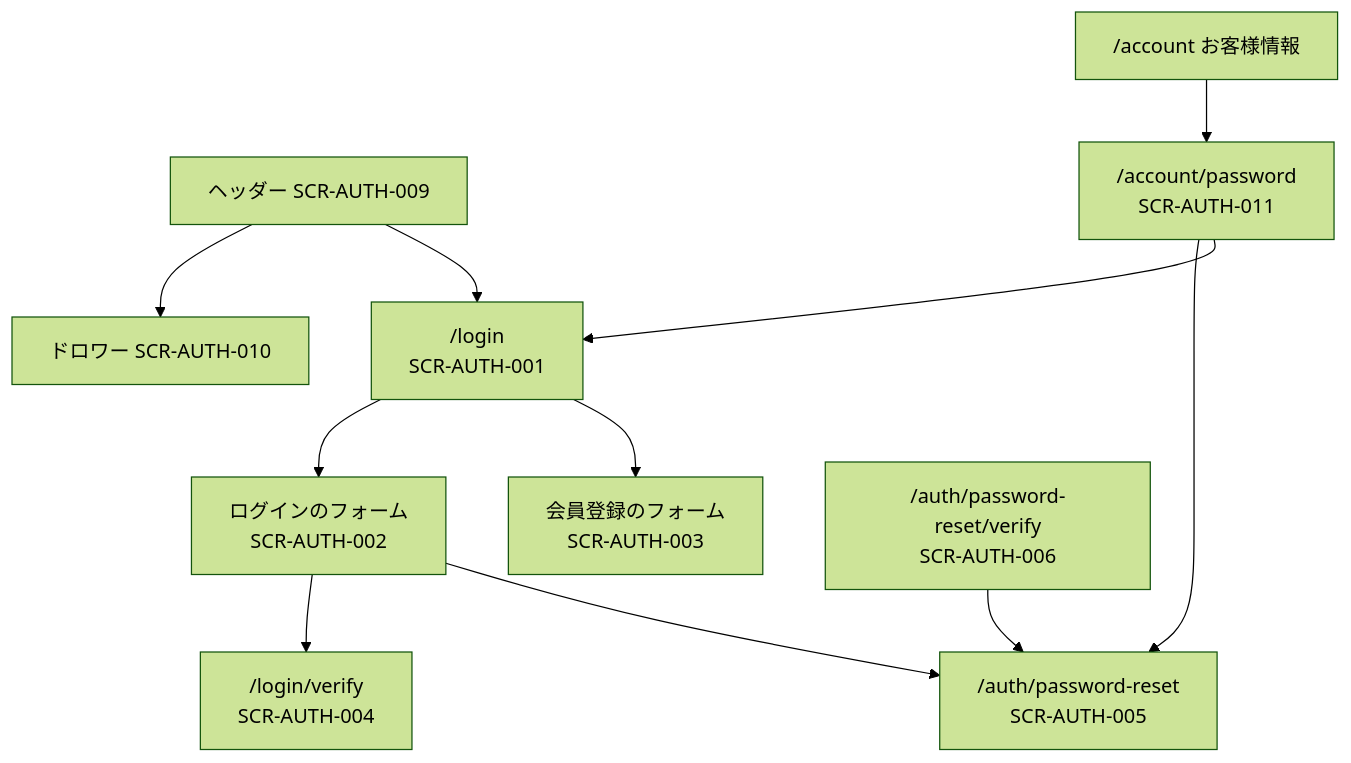
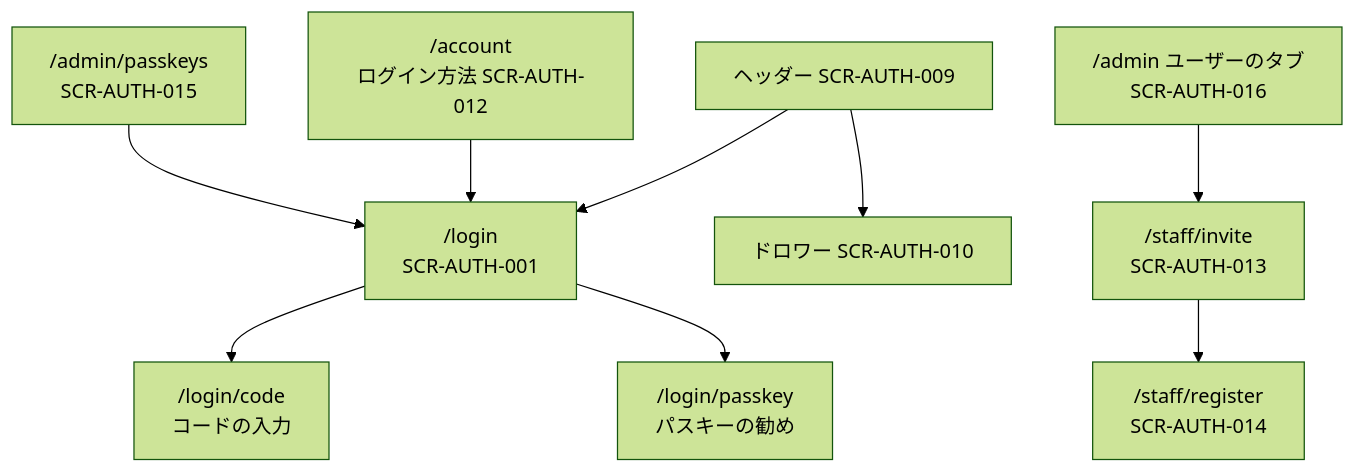
Before and after one commit to ChocoWork/o_official: the eighth of 22 diagrams in docs/03_BasicDesign/areas/auth.md, drawn with Mermaid (forest theme). The commit also changed other lines of this file and 10 other files, not shown here.

````diff
--- a/docs/03_BasicDesign/areas/auth.md
+++ b/docs/03_BasicDesign/areas/auth.md
@@ -371,13 +371,11 @@
 ```mermaid
 graph TD
-  LG["/login<br/>SCR-AUTH-001"] --> LF["ログインのフォーム<br/>SCR-AUTH-002"]
-  LG --> RF["会員登録のフォーム<br/>SCR-AUTH-003"]
-  LF --> VF["/login/verify<br/>SCR-AUTH-004"]
-  LF --> PR["/auth/password-reset<br/>SCR-AUTH-005"]
-  PV["/auth/password-reset/verify<br/>SCR-AUTH-006"] --> PR
+  LG["/login<br/>SCR-AUTH-001"] --> CD["/login/code<br/>コードの入力"]
+  LG --> PK["/login/passkey<br/>パスキーの勧め"]
   HD["ヘッダー SCR-AUTH-009"] --> DR["ドロワー SCR-AUTH-010"]
   HD --> LG
-  AC["/account お客様情報"] --> PW["/account/password<br/>SCR-AUTH-011"]
-  PW --> PR
-  PW --> LG
+  AC["/account<br/>ログイン方法 SCR-AUTH-012"] --> LG
+  IV["/staff/invite<br/>SCR-AUTH-013"] --> RG["/staff/register<br/>SCR-AUTH-014"]
+  AD["/admin/passkeys<br/>SCR-AUTH-015"] --> LG
+  UT["/admin ユーザーのタブ<br/>SCR-AUTH-016"] --> IV
 ```
````
